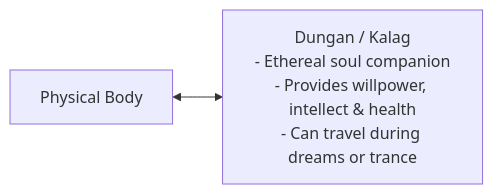
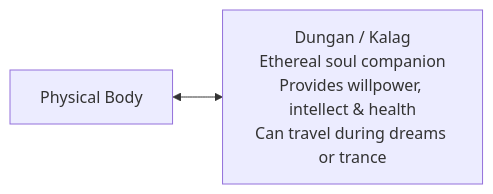
Before and after one commit to aidocmr/learn-bscs: the fourth of 5 diagrams in content/Year 1/Understanding the Self/10. The Spiritual Self.md, drawn with Mermaid. The commit also changed other lines of this file and 20 other files, not shown here.

First line of the commit message:
fix: Remove markdown lists and numbered prefixes from all Mermaid diagrams

````diff
--- a/content/Year 1/Understanding the Self/10. The Spiritual Self.md
+++ b/content/Year 1/Understanding the Self/10. The Spiritual Self.md
@@ -107,4 +107,4 @@
 ```mermaid
 graph LR
-    Body["Physical Body"] <--> Dungan["Dungan / Kalag<br/>- Ethereal soul companion<br/>- Provides willpower, intellect & health<br/>- Can travel during dreams or trance"]
+    Body["Physical Body"] <--> Dungan["Dungan / Kalag<br/>Ethereal soul companion<br/>Provides willpower, intellect & health<br/>Can travel during dreams or trance"]
 ```
````
